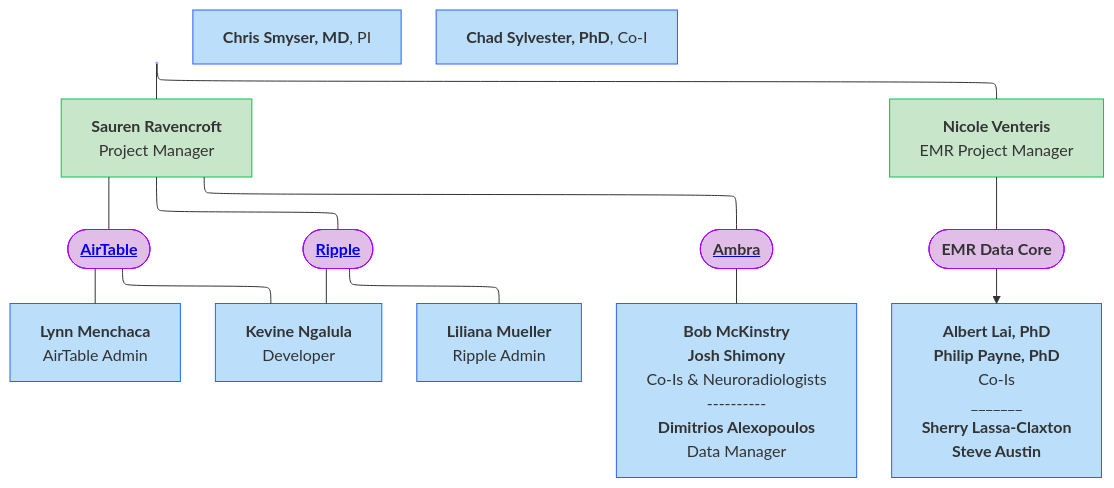
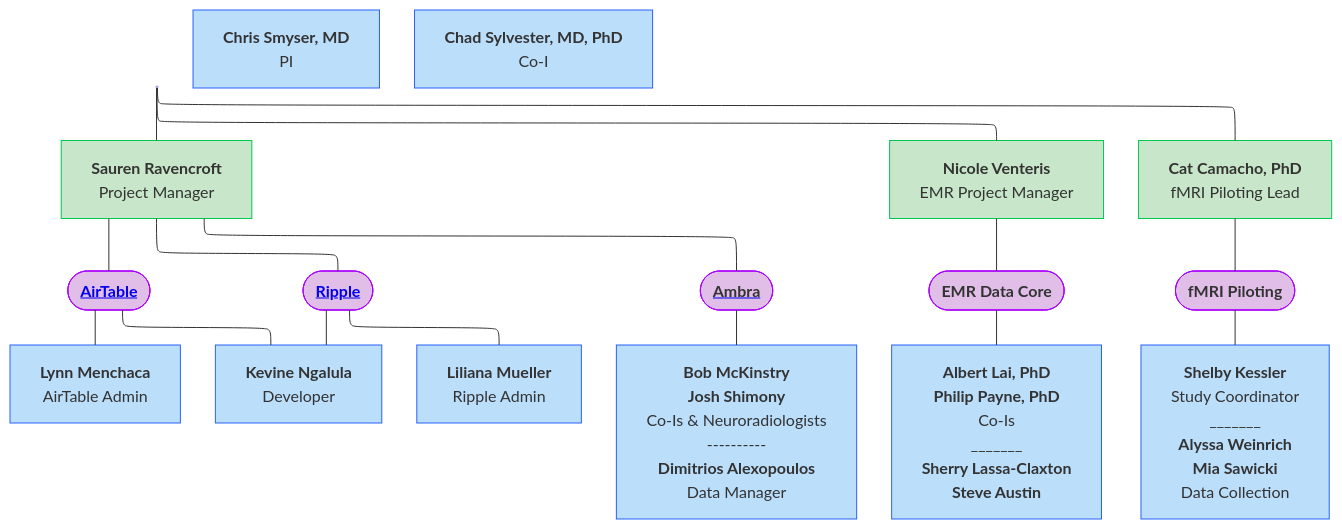
The diagram in docs/orgcharts/mermaid/washu.mmd (DCAN-Labs/hbcd-docs-internal), drawn with Mermaid before and after one commit. The commit also changed 2 other files, not shown here.

```diff
--- a/docs/orgcharts/mermaid/washu.mmd
+++ b/docs/orgcharts/mermaid/washu.mmd
@@ -1,38 +1,45 @@
 ---
 config:
   layout: elk
 ---
 flowchart TB
     n5@{ label: "<a href=\"../orgcharts/#airtable\" target=\"_top\"><b>AirTable</b></a>" } --- n9["<b>Lynn Menchaca</b><br>AirTable Admin"] & n22["<b>Kevine Ngalula<br></b>Developer"]
     n17["<b>Sauren Ravencroft</b><br>Project Manager"] --- n5 & n15@{ label: "<a href=\"../orgcharts/#ripple\" target=\"_top\"><b>Ripple</b></a>" } & n23@{ label: "<a href=\"https://www.mermaidchart.com/app/projects/4f81a1a6-5f43-40aa-9f44-d23b80ccefb3/diagrams/f1e11327-9b5e-4c64-9817-365959035667/version/orgcharts/#ambra\" style=\"--tw-scale-x:\" target=\"_top\"><span style=\"--tw-scale-x:\"><b>Ambra</b></span></a>" }
-    n14["<b>Chad Sylvester, PhD</b>, Co-I"] --- n17 & n18["<b>Nicole Venteris</b><br>EMR Project Manager"]
+    n14["<b>Chad Sylvester, PhD</b>, Co-I"] --- n17 & n18["<b>Nicole Venteris</b><br>EMR Project Manager"] & n26@{ label: "<b>Cat Camacho, PhD<br></b><span style=\"color:\">fMRI Piloting Lead</span>" }
     n15 --- n22 & n16["<b>Liliana Mueller</b><br>Ripple Admin<br>"]
     n23 --- n1["<b>Bob McKinstry</b><br><b>Josh Shimony</b><br>Co-Is &amp; Neuroradiologists<br>----------<br><b>Dimitrios Alexopoulos</b><br>Data Manager"]
     n18 --- n24(["<b>EMR Data Core</b>"])
-    n24 --> n25@{ label: "<span style=\"color:\"><b>Albert Lai, PhD<br></b></span><span style=\"color:\"><b>Philip Payne, PhD<br></b>Co-Is</span><span style=\"color:\"><br></span>_______<br><span style=\"color:\"><b>Sherry Lassa-Claxton<br>Steve Austin</b></span><span style=\"color:\"></span>" }
-    n20["<b>Chris Smyser, MD</b>, PI"]
-    n21["<b>Chad Sylvester, PhD</b>, Co-I"]
+    n24 --- n25@{ label: "<span style=\"color:\"><b>Albert Lai, PhD<br></b></span><span style=\"color:\"><b>Philip Payne, PhD<br></b>Co-Is</span><span style=\"color:\"><br></span>_______<br><span style=\"color:\"><b>Sherry Lassa-Claxton<br>Steve Austin</b></span><span style=\"color:\"></span>" }
+    n26 --- n27(["<b>fMRI Piloting</b>"])
+    n27 --- n28@{ label: "<span style=\"--tw-scale-x:\"><b>Shelby Kessler<br style=\"--tw-scale-x:\"></b></span><span style=\"--tw-scale-x:\">Study Coordinator</span><br>_______<b><span style=\"color:\"><br>Alyssa Weinrich<br>Mia Sawicki<br></span></b><span style=\"color:\">Data Collection</span><br>" }
+    n20["<b>Chris Smyser, MD<br></b>PI"]
+    n21["<b>Chad Sylvester, MD, PhD<br></b>Co-I"]
     n5@{ shape: stadium}
     n17@{ shape: rect}
     n15@{ shape: stadium}
     n23@{ shape: stadium}
     n14@{ shape: anchor}
     n18@{ shape: rect}
+    n26@{ shape: rect}
     n16@{ shape: rect}
     n25@{ shape: rect}
+    n28@{ shape: rect}
     n20@{ shape: rect}
     n21@{ shape: rect}
     style n5 fill:#E1BEE7,stroke:#AA00FF
     style n9 fill:#BBDEFB,stroke:#2962FF
     style n22 fill:#BBDEFB,stroke:#2962FF
     style n17 fill:#C8E6C9,stroke:#00C853
     style n15 fill:#E1BEE7,stroke:#AA00FF
     style n23 fill:#E1BEE7,stroke:#AA00FF
     style n14 fill:#BBDEFB,stroke:#2962FF
     style n18 fill:#C8E6C9,stroke:#00C853
+    style n26 fill:#C8E6C9,stroke:#00C853
     style n16 fill:#BBDEFB,stroke:#2962FF
     style n1 fill:#BBDEFB,stroke:#2962FF
     style n24 stroke:#AA00FF,fill:#E1BEE7
     style n25 fill:#BBDEFB,stroke:#2962FF
+    style n27 fill:#E1BEE7,stroke:#AA00FF
+    style n28 fill:#BBDEFB,stroke:#2962FF
     style n20 fill:#BBDEFB,stroke:#2962FF
     style n21 fill:#BBDEFB,stroke:#2962FF
```
